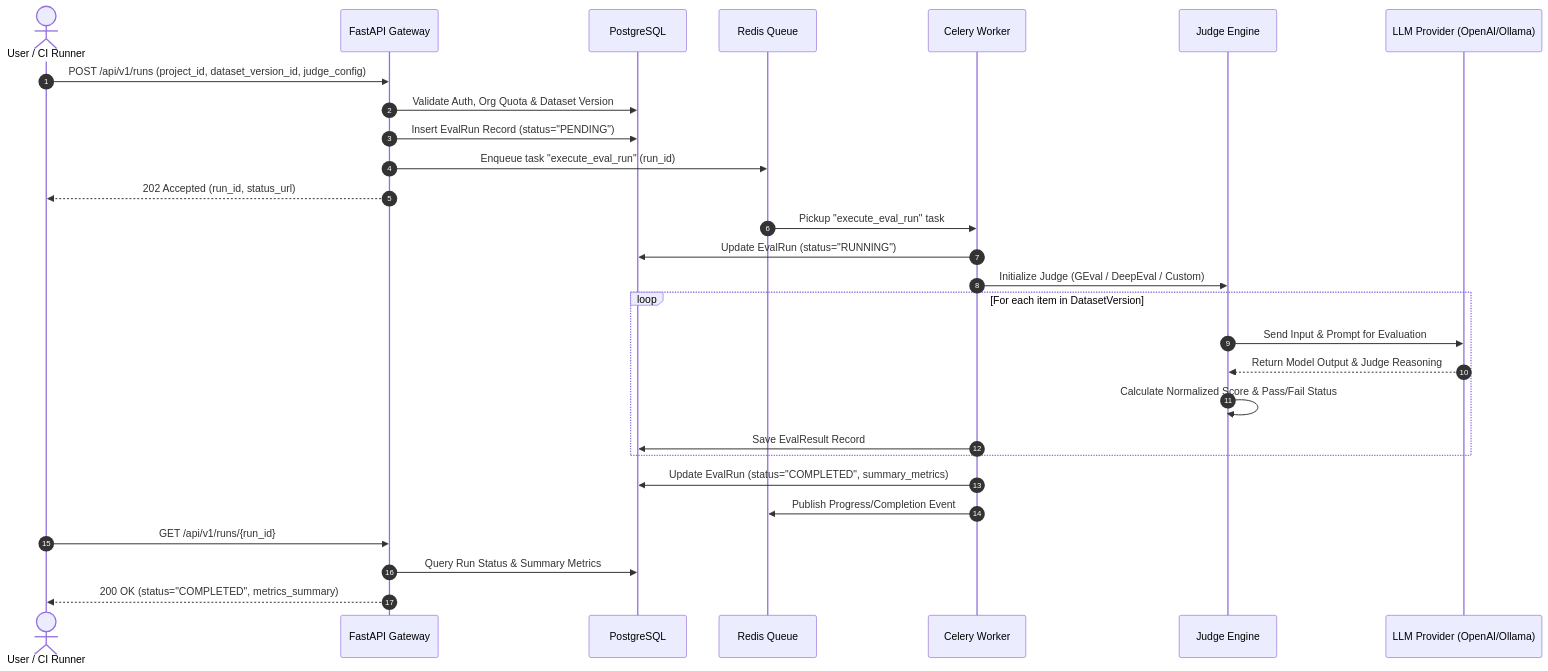
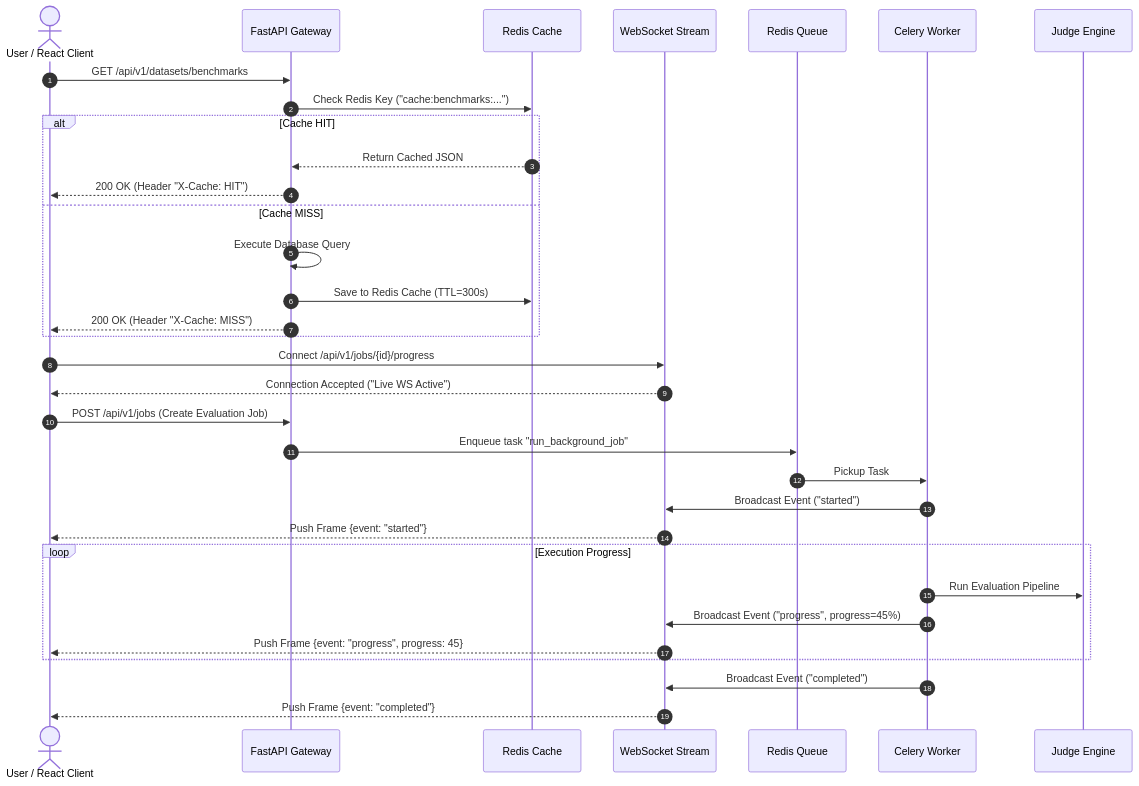
Before and after one commit to hardikkaurani/Eval-Forge: the second of 3 diagrams in HLD.md, drawn with Mermaid. The commit also changed other lines of this file and 52 other files, not shown here.

Commit message:
feat: complete EvalForge platform architecture, multi-tenant evaluation engine, Redis caching, scheduled jobs & Kalvium compliance audit

````diff
--- a/HLD.md
+++ b/HLD.md
@@ -161,34 +170,40 @@
 ```mermaid
 sequenceDiagram
     autonumber
-    actor Client as User / CI Runner
+    actor Client as User / React Client
     participant API as FastAPI Gateway
-    participant DB as PostgreSQL
+    participant Cache as Redis Cache
+    participant WS as WebSocket Stream
     participant Queue as Redis Queue
     participant Worker as Celery Worker
     participant Engine as Judge Engine
-    participant LLM as LLM Provider (OpenAI/Ollama)
 
-    Client->>API: POST /api/v1/runs (project_id, dataset_version_id, judge_config)
-    API->>DB: Validate Auth, Org Quota & Dataset Version
-    API->>DB: Insert EvalRun Record (status="PENDING")
-    API->>Queue: Enqueue task "execute_eval_run" (run_id)
-    API-->>Client: 202 Accepted (run_id, status_url)
-
-    Queue->>Worker: Pickup "execute_eval_run" task
-    Worker->>DB: Update EvalRun (status="RUNNING")
-    Worker->>Engine: Initialize Judge (GEval / DeepEval / Custom)
-
-    loop For each item in DatasetVersion
-        Engine->>LLM: Send Input & Prompt for Evaluation
-        LLM-->>Engine: Return Model Output & Judge Reasoning
-        Engine->>Engine: Calculate Normalized Score & Pass/Fail Status
-        Worker->>DB: Save EvalResult Record
+    Client->>API: GET /api/v1/datasets/benchmarks
+    API->>Cache: Check Redis Key ("cache:benchmarks:...")
+    alt Cache HIT
+        Cache-->>API: Return Cached JSON
+        API-->>Client: 200 OK (Header "X-Cache: HIT")
+    else Cache MISS
+        API->>API: Execute Database Query
+        API->>Cache: Save to Redis Cache (TTL=300s)
+        API-->>Client: 200 OK (Header "X-Cache: MISS")
     end
 
-    Worker->>DB: Update EvalRun (status="COMPLETED", summary_metrics)
-    Worker->>Queue: Publish Progress/Completion Event
-    Client->>API: GET /api/v1/runs/{run_id}
-    API->>DB: Query Run Status & Summary Metrics
-    API-->>Client: 200 OK (status="COMPLETED", metrics_summary)
+    Client->>WS: Connect /api/v1/jobs/{id}/progress
+    WS-->>Client: Connection Accepted ("Live WS Active")
+
+    Client->>API: POST /api/v1/jobs (Create Evaluation Job)
+    API->>Queue: Enqueue task "run_background_job"
+    Queue->>Worker: Pickup Task
+    Worker->>WS: Broadcast Event ("started")
+    WS-->>Client: Push Frame {event: "started"}
+
+    loop Execution Progress
+        Worker->>Engine: Run Evaluation Pipeline
+        Worker->>WS: Broadcast Event ("progress", progress=45%)
+        WS-->>Client: Push Frame {event: "progress", progress: 45}
+    end
+
+    Worker->>WS: Broadcast Event ("completed")
+    WS-->>Client: Push Frame {event: "completed"}
 ```
````
